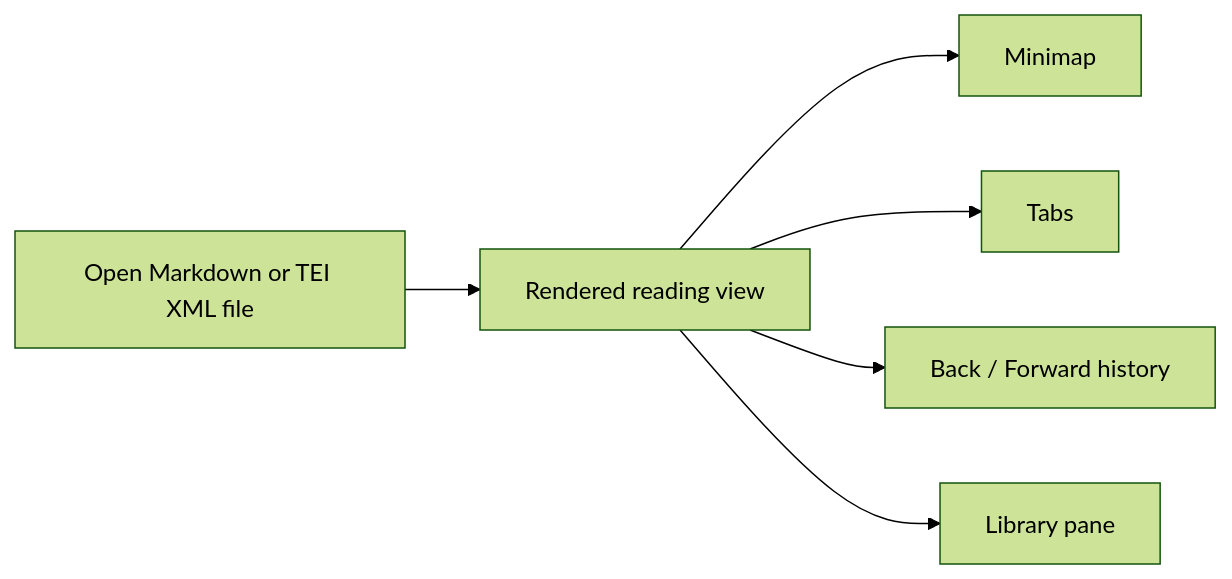
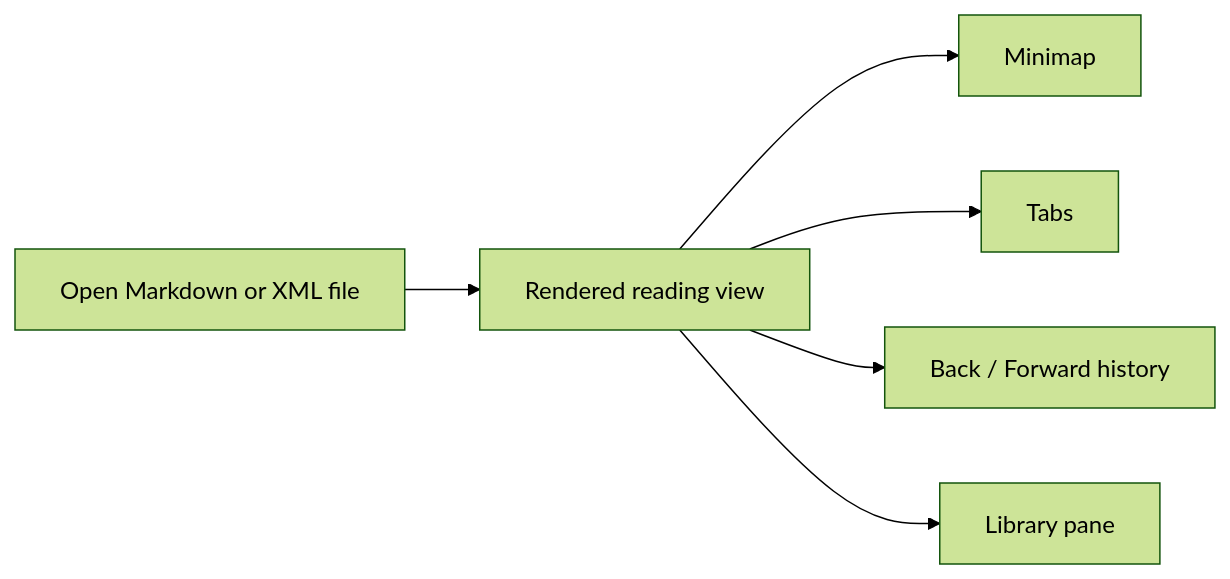
One commit to ryanallen/leaftext changed the diagram in docs/01-introduction.md. Above: the diagram before and after it, drawn with Mermaid (forest theme). The commit also changed other lines of this file and 20 other files, not shown here.

Commit message:
Render any XML, not just TEI

````diff
--- a/docs/01-introduction.md
+++ b/docs/01-introduction.md
@@ -34,8 +34,8 @@
 ```mermaid
 flowchart LR
-    A[Open Markdown or TEI XML file] --> B[Rendered reading view]
+    A[Open Markdown or XML file] --> B[Rendered reading view]
     B --> C[Minimap]
     B --> D[Tabs]
     B --> E[Back / Forward history]
     B --> F[Library pane]
 ```
````
